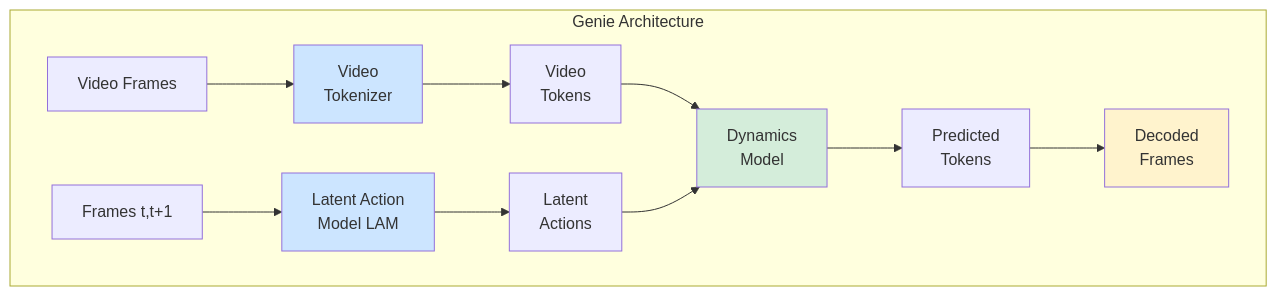
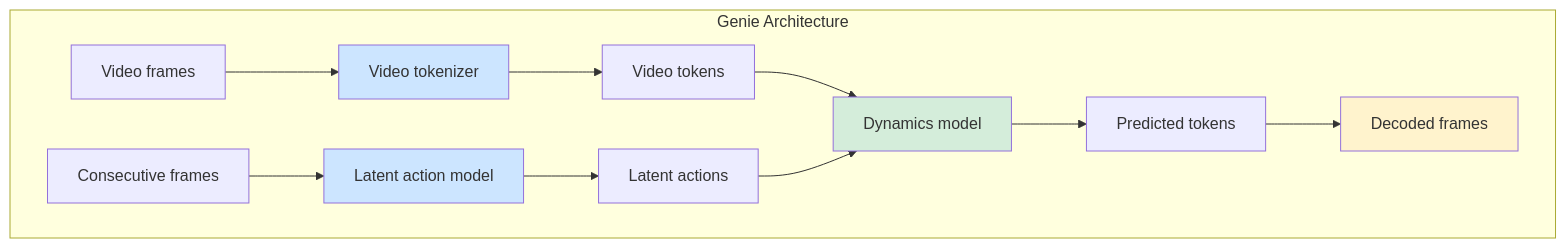
Before and after one commit to ParamThakkar123/torchwm: the diagram in docs/source/genie.md, drawn with Mermaid. The commit also changed 5 other files, not shown here.

Commit message:
Use Mermaid 10.4-safe diagram syntax

````diff
--- a/docs/source/genie.md
+++ b/docs/source/genie.md
@@ -21,18 +21,18 @@
 ```{mermaid}
 graph TD
-    subgraph "Genie Architecture"
-        A[Video Frames] --> B[Video<br/>Tokenizer]
-        B --> C[Video<br/>Tokens]
-        C --> D[Dynamics<br/>Model]
-        E[Frames t,t+1] --> F[Latent Action<br/>Model LAM]
-        F --> G[Latent<br/>Actions]
+    subgraph GA["Genie Architecture"]
+        A["Video frames"] --> B["Video tokenizer"]
+        B --> C["Video tokens"]
+        C --> D["Dynamics model"]
+        E["Consecutive frames"] --> F["Latent action model"]
+        F --> G["Latent actions"]
         G --> D
-        D --> H[Predicted<br/>Tokens]
-        H --> I[Decoded<br/>Frames]
+        D --> H["Predicted tokens"]
+        H --> I["Decoded frames"]
     end
 
     style B fill:#cce5ff
     style F fill:#cce5ff
     style D fill:#d4edda
     style I fill:#fff3cd
 ```
````
